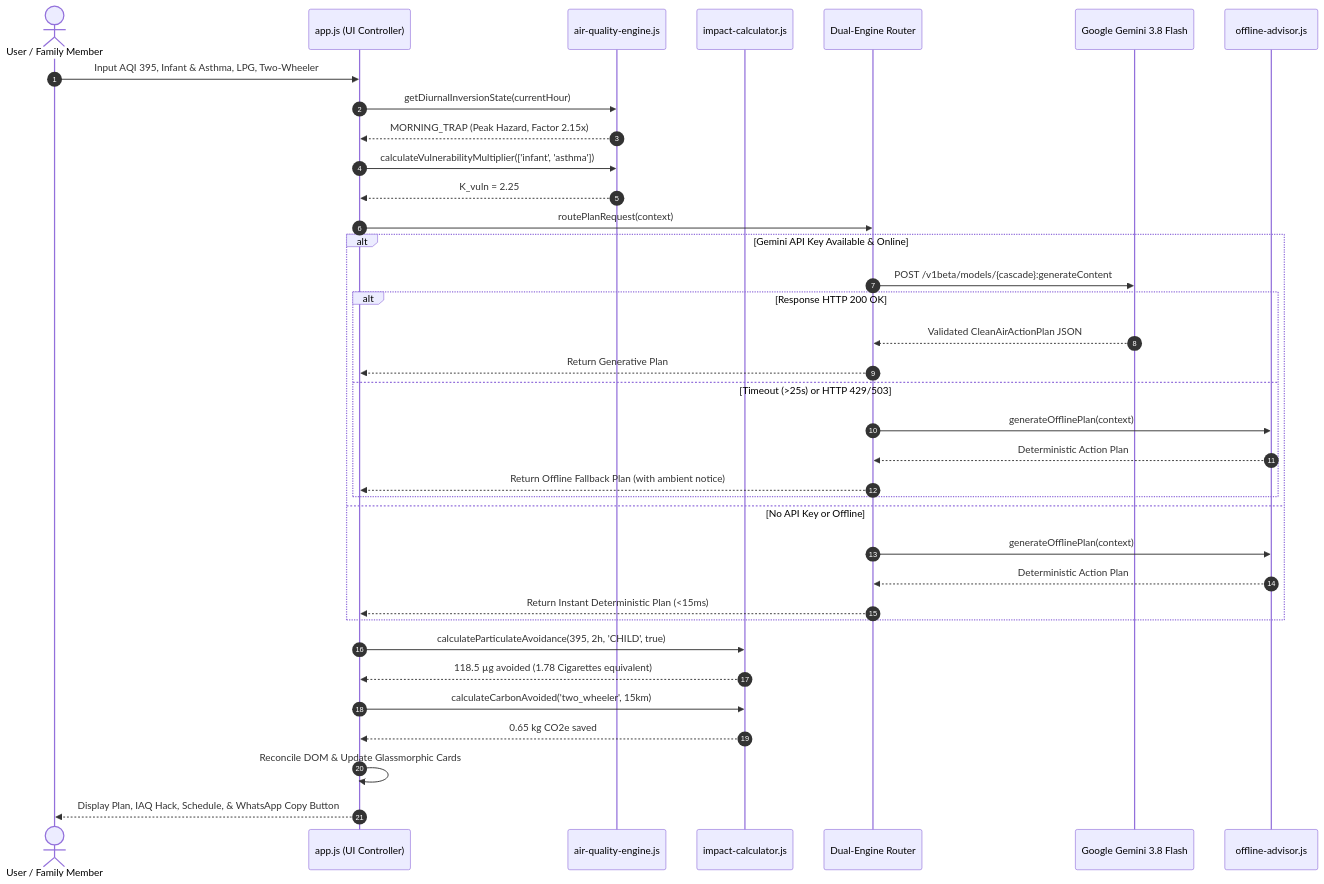
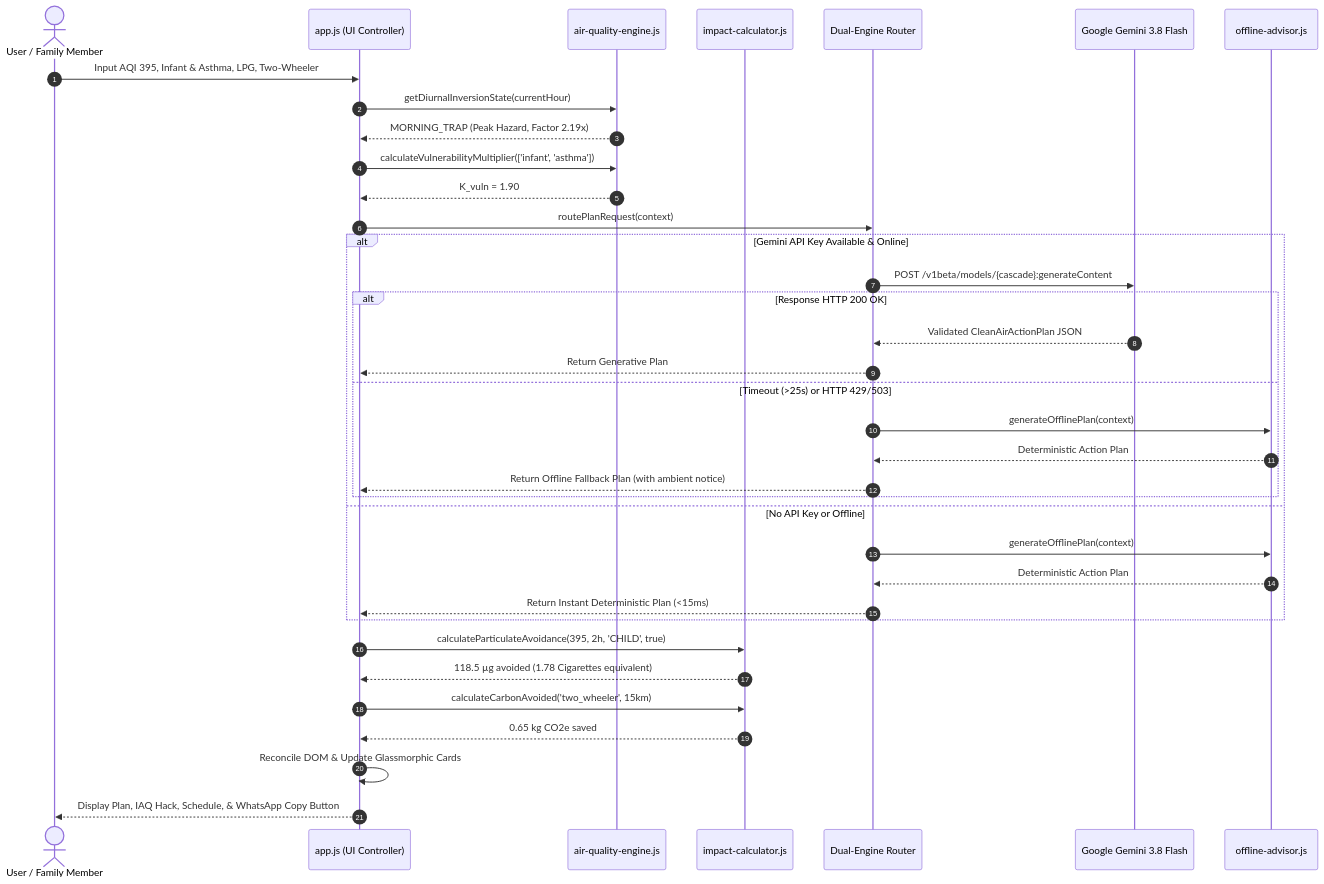
The diagram in uml/04-decision-sequence.mmd (piyushmakhija28/prompt-war-challenge-6-clean-air-assistant), drawn with Mermaid before and after one commit. The commit also changed 40 other files, not shown here.

```diff
--- a/uml/04-decision-sequence.mmd
+++ b/uml/04-decision-sequence.mmd
@@ -1,40 +1,40 @@
 %% Sequence Diagram: User Context to Dual-Engine Clean Air Plan
 sequenceDiagram
     autonumber
     actor User as User / Family Member
     participant UI as app.js (UI Controller)
     participant Engine as air-quality-engine.js
     participant Calc as impact-calculator.js
     participant Router as Dual-Engine Router
     participant Gemini as Google Gemini 3.8 Flash
     participant Offline as offline-advisor.js
 
     User->>UI: Input AQI 395, Infant & Asthma, LPG, Two-Wheeler
     UI->>Engine: getDiurnalInversionState(currentHour)
-    Engine-->>UI: MORNING_TRAP (Peak Hazard, Factor 2.15x)
+    Engine-->>UI: MORNING_TRAP (Peak Hazard, Factor 2.19x)
     UI->>Engine: calculateVulnerabilityMultiplier(['infant', 'asthma'])
-    Engine-->>UI: K_vuln = 2.25
+    Engine-->>UI: K_vuln = 1.90
 
     UI->>Router: routePlanRequest(context)
     alt Gemini API Key Available & Online
         Router->>Gemini: POST /v1beta/models/{cascade}:generateContent
         alt Response HTTP 200 OK
             Gemini-->>Router: Validated CleanAirActionPlan JSON
             Router-->>UI: Return Generative Plan
         else Timeout (>25s) or HTTP 429/503
             Router->>Offline: generateOfflinePlan(context)
             Offline-->>Router: Deterministic Action Plan
             Router-->>UI: Return Offline Fallback Plan (with ambient notice)
         end
     else No API Key or Offline
         Router->>Offline: generateOfflinePlan(context)
         Offline-->>Router: Deterministic Action Plan
         Router-->>UI: Return Instant Deterministic Plan (<15ms)
     end
 
     UI->>Calc: calculateParticulateAvoidance(395, 2h, 'CHILD', true)
     Calc-->>UI: 118.5 µg avoided (1.78 Cigarettes equivalent)
     UI->>Calc: calculateCarbonAvoided('two_wheeler', 15km)
     Calc-->>UI: 0.65 kg CO2e saved
     UI->>UI: Reconcile DOM & Update Glassmorphic Cards
     UI-->>User: Display Plan, IAQ Hack, Schedule, & WhatsApp Copy Button
```
